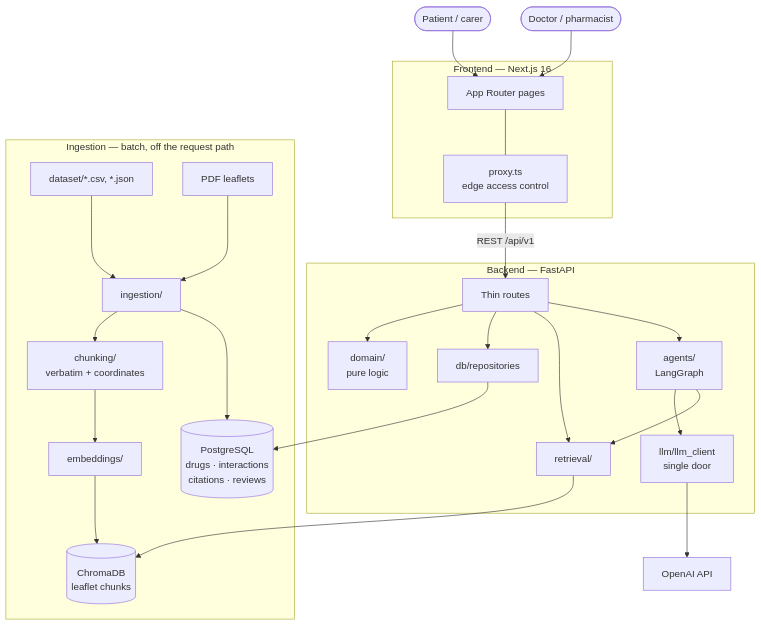
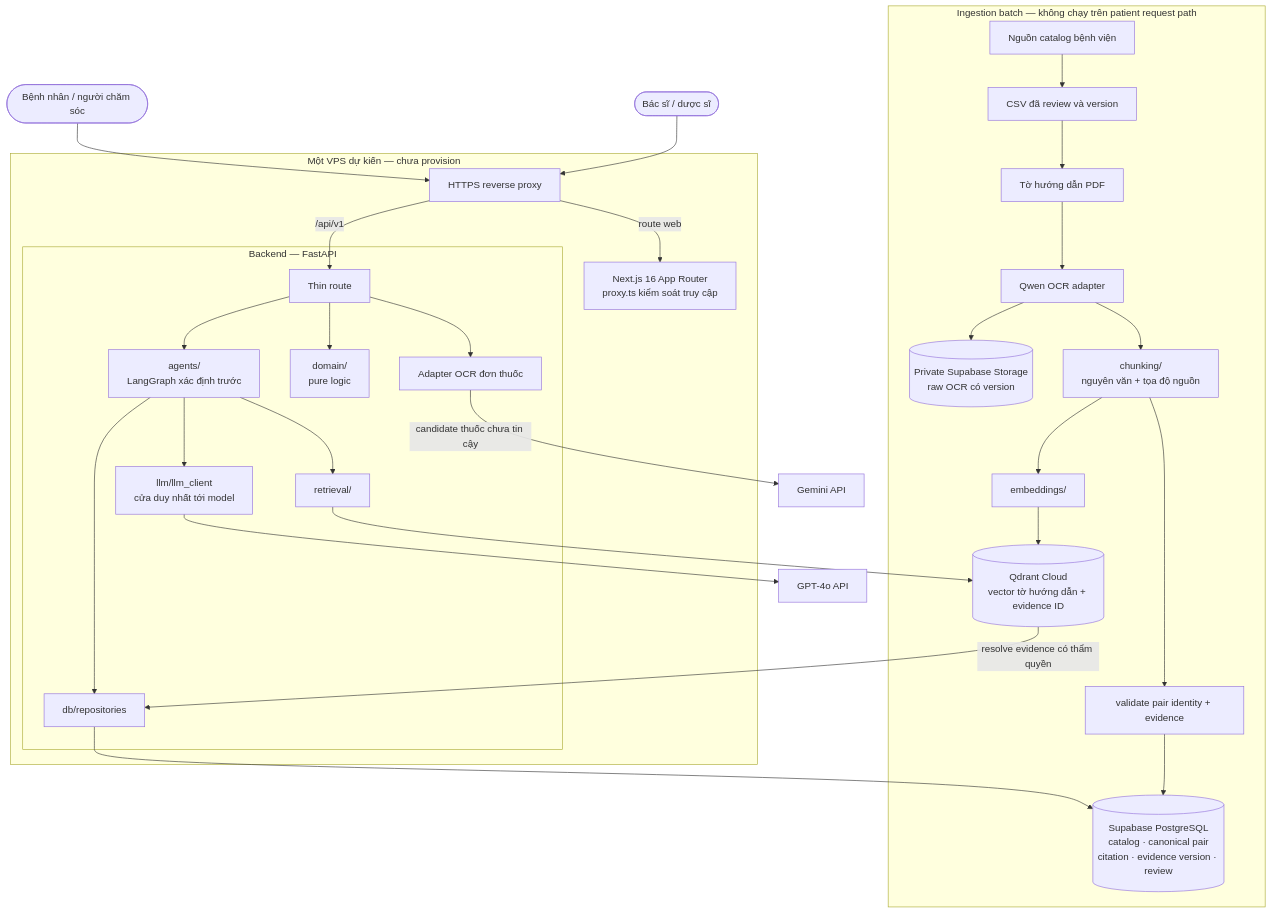
One commit to wallowxD/P054-MediGuard changed the first of 3 diagrams in docs/architecture_diagram.md. Above: the diagram before and after it, drawn with Mermaid. The commit also changed other lines of this file and 85 other files, not shown here.

````diff
--- a/docs/architecture_diagram.md
+++ b/docs/architecture_diagram.md
@@ -12,42 +8,47 @@
 ```mermaid
-graph TB
-    Patient([Patient / carer]) --> UI
-    Pharmacist([Doctor / pharmacist]) --> UI
+flowchart TB
+    Patient([Bệnh nhân / người chăm sóc]) --> ReverseProxy
+    Pharmacist([Bác sĩ / dược sĩ]) --> ReverseProxy
 
-    subgraph Frontend["Frontend — Next.js 16"]
-        UI[App Router pages]
-        Proxy[proxy.ts<br/>edge access control]
-        UI --- Proxy
+    subgraph VPS["Một VPS dự kiến — chưa provision"]
+        ReverseProxy[HTTPS reverse proxy]
+        Web[Next.js 16 App Router<br/>proxy.ts kiểm soát truy cập]
+        ReverseProxy -->|route web| Web
+        ReverseProxy -->|/api/v1| API
+
+    subgraph Backend["Backend — FastAPI"]
+        API[Thin route]
+        PrescriptionOCR[Adapter OCR đơn thuốc]
+        Domain[domain/<br/>pure logic]
+        Workflow[agents/<br/>LangGraph xác định trước]
+        Repo[db/repositories]
+        Retr[retrieval/]
+        LLM[llm/llm_client<br/>cửa duy nhất tới model]
+
+        API --> PrescriptionOCR
+        API --> Domain
+        API --> Workflow
+        Workflow --> Repo
+        Workflow --> Retr
+        Workflow --> LLM
+    end
     end
 
-    Proxy -->|REST /api/v1| API
+    PrescriptionOCR -->|candidate thuốc chưa tin cậy| Gemini[Gemini API]
+    Repo --> PG[(Supabase PostgreSQL<br/>catalog · canonical pair<br/>citation · evidence version · review)]
+    Retr --> Qdrant[(Qdrant Cloud<br/>vector tờ hướng dẫn + evidence ID)]
+    Qdrant -->|resolve evidence có thẩm quyền| Repo
+    LLM --> GPT[GPT-4o API]
 
-    subgraph Backend["Backend — FastAPI"]
-        API[Thin routes]
-        Domain[domain/<br/>pure logic]
-        Repo[db/repositories]
-        Retr[retrieval/]
-        Agent[agents/<br/>LangGraph]
-        LLM[llm/llm_client<br/>single door]
-
-        API --> Domain
-        API --> Repo
-        API --> Retr
-        API --> Agent
-        Agent --> LLM
-        Agent --> Retr
-    end
-
-    Repo --> PG[(PostgreSQL<br/>drugs · interactions<br/>citations · reviews)]
-    Retr --> Chroma[(ChromaDB<br/>leaflet chunks)]
-    LLM --> OpenAI[OpenAI API]
-
-    subgraph Offline["Ingestion — batch, off the request path"]
-        CSV[dataset/*.csv, *.json] --> Ing[ingestion/]
-        PDFs[PDF leaflets] --> Ing
-        Ing --> Chunk[chunking/<br/>verbatim + coordinates]
+    subgraph Offline["Ingestion batch — không chạy trên patient request path"]
+        Source[Nguồn catalog bệnh viện] --> Stage[CSV đã review và version]
+        Stage --> PDFs[Tờ hướng dẫn PDF]
+        PDFs --> Qwen[Qwen OCR adapter]
+        Qwen --> Raw[(Private Supabase Storage<br/>raw OCR có version)]
+        Qwen --> Chunk[chunking/<br/>nguyên văn + tọa độ nguồn]
         Chunk --> Emb[embeddings/]
-        Emb --> Chroma
-        Ing --> PG
+        Emb --> Qdrant
+        Chunk --> Validate[validate pair identity + evidence]
+        Validate --> PG
     end
 ```
````
